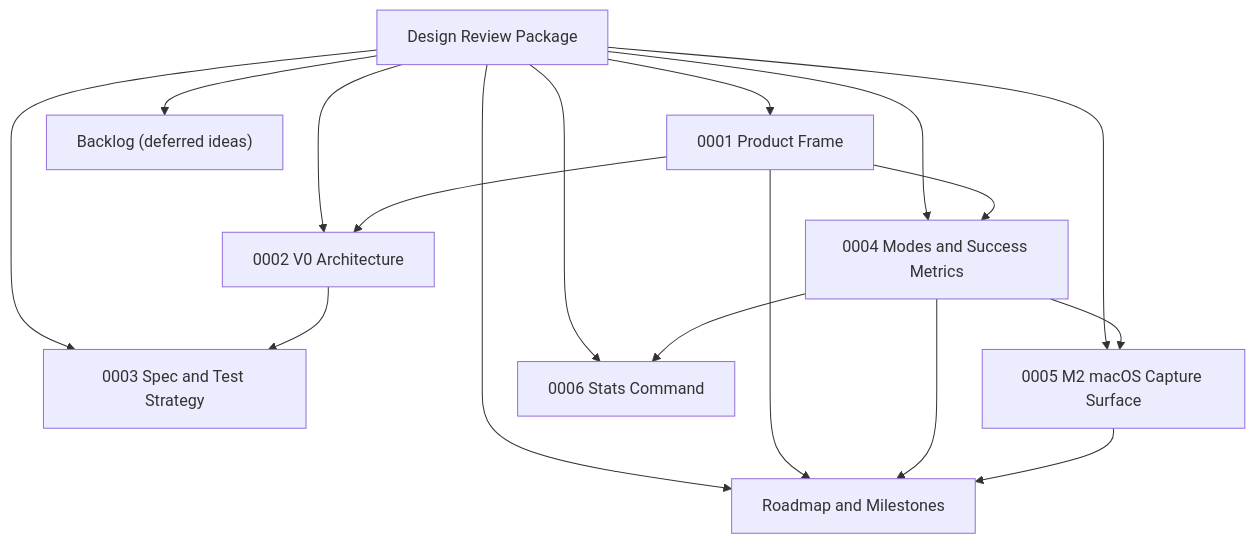
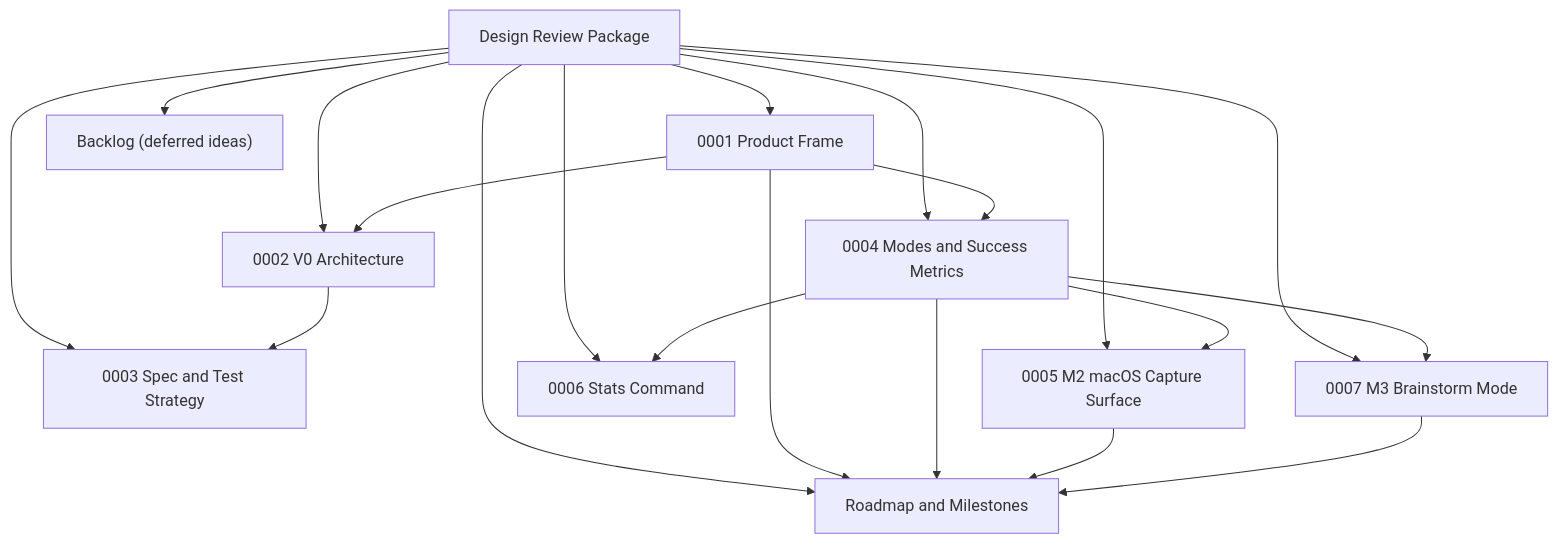
Before and after one commit to flyingrobots/think: the diagram in docs/design/README.md, drawn with Mermaid. The commit also changed other lines of this file and 3 other files, not shown here.

````diff
--- a/docs/design/README.md
+++ b/docs/design/README.md
@@ -34,19 +35,22 @@
 ```mermaid
 flowchart TD
     R["Design Review Package"] --> P["0001 Product Frame"]
     R --> A["0002 V0 Architecture"]
     R --> T["0003 Spec and Test Strategy"]
     R --> M["0004 Modes and Success Metrics"]
     R --> M2["0005 M2 macOS Capture Surface"]
     R --> S["0006 Stats Command"]
+    R --> B3["0007 M3 Brainstorm Mode"]
     R --> RD["Roadmap and Milestones"]
     R --> BL["Backlog (deferred ideas)"]
     P --> A
     P --> M
     A --> T
     P --> RD
     M --> RD
     M --> M2
     M --> S
+    M --> B3
     M2 --> RD
+    B3 --> RD
 ```
````
